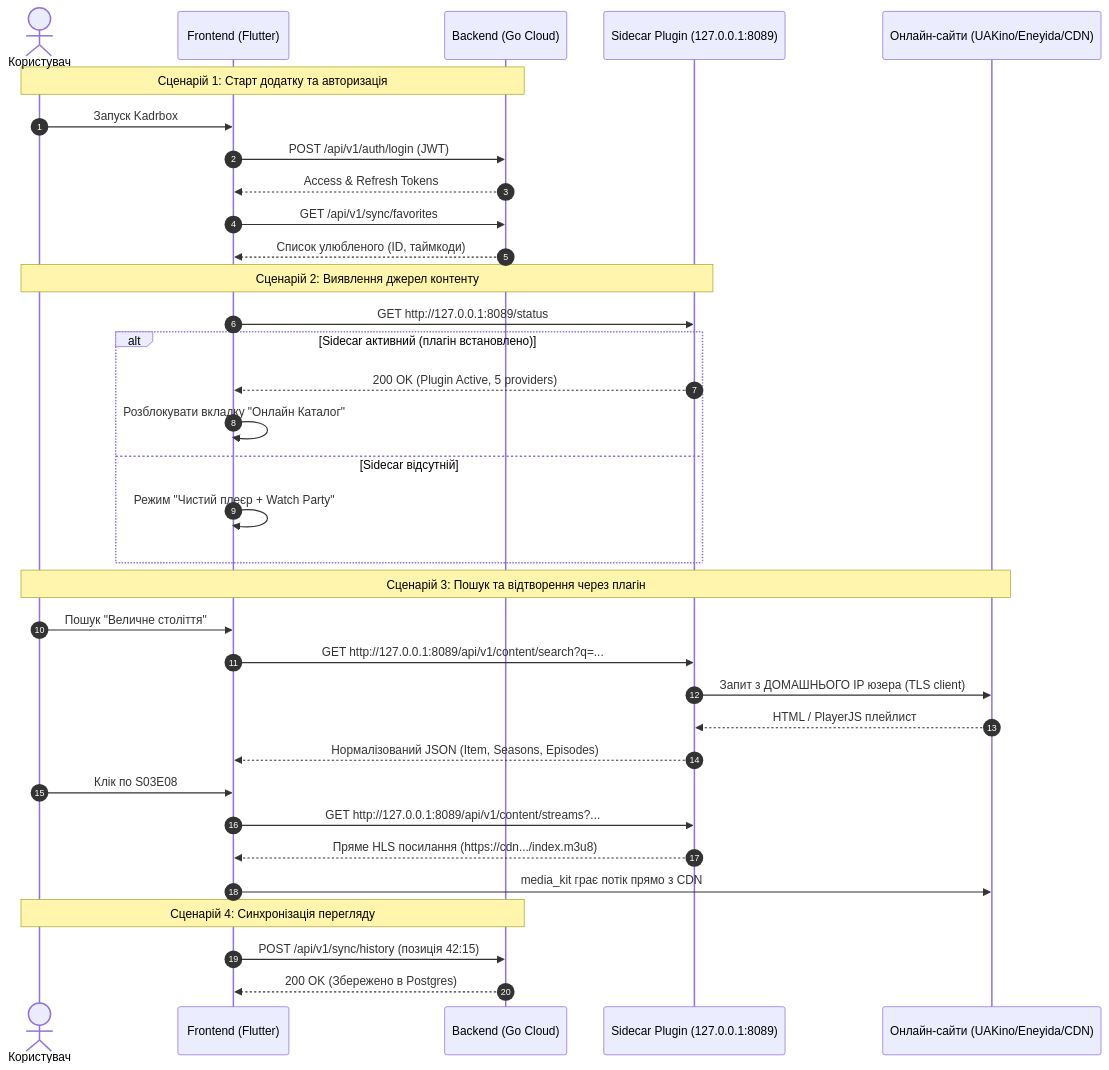
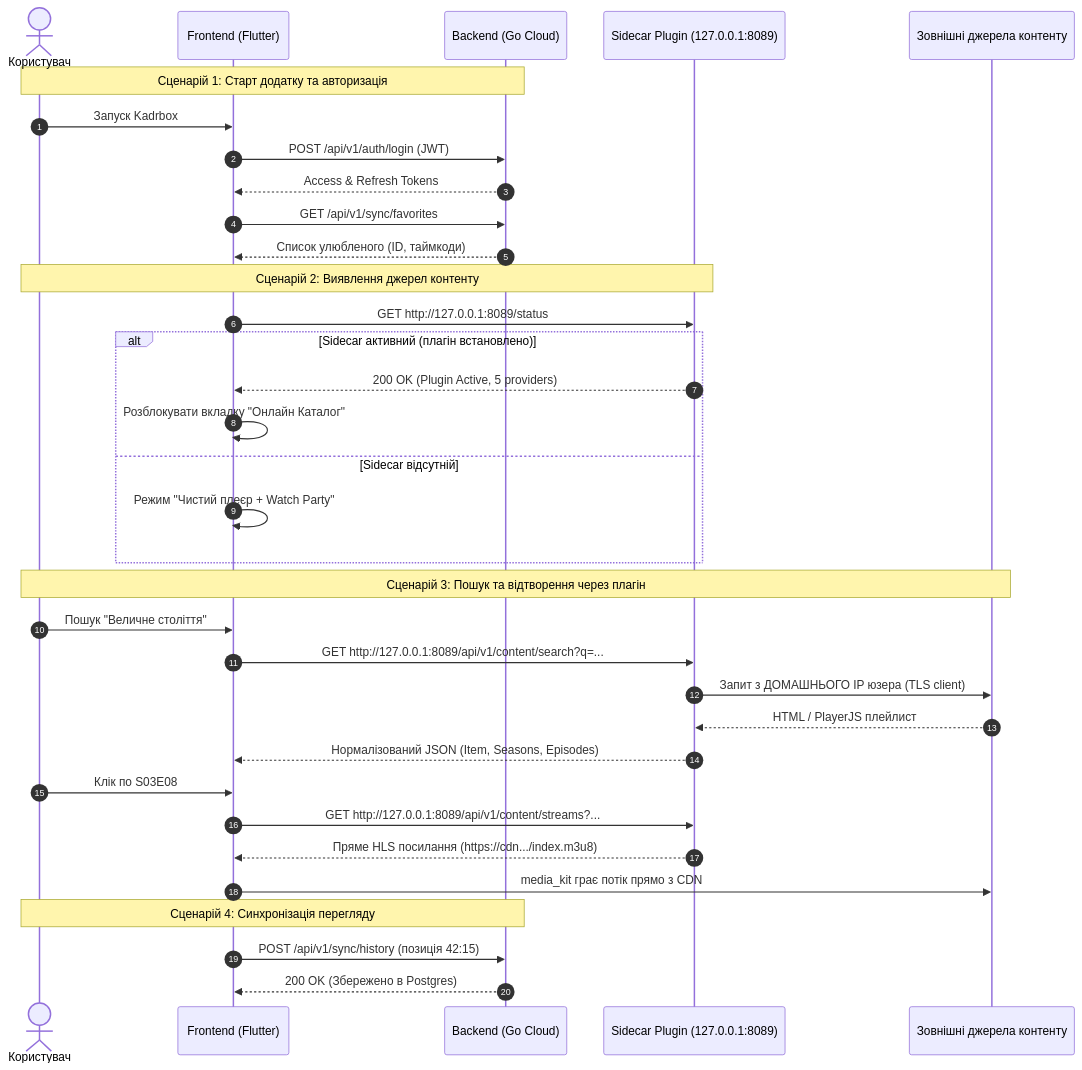
One commit to edhases/kadrbox changed the diagram in MIGRATION_REPORT.md. Above: the diagram before and after it, drawn with Mermaid. The commit also changed other lines of this file and 17 other files, not shown here.

````diff
--- a/MIGRATION_REPORT.md
+++ b/MIGRATION_REPORT.md
@@ -56,40 +59,40 @@
 ```mermaid
 sequenceDiagram
     autonumber
     actor User as Користувач
     participant UI as Frontend (Flutter)
     participant Back as Backend (Go Cloud)
     participant Side as Sidecar Plugin (127.0.0.1:8089)
-    participant Upstream as Онлайн-сайти (UAKino/Eneyida/CDN)
+    participant Upstream as Зовнішні джерела контенту
 
     Note over User,Back: Сценарій 1: Старт додатку та авторизація
     User->>UI: Запуск Kadrbox
     UI->>Back: POST /api/v1/auth/login (JWT)
     Back-->>UI: Access & Refresh Tokens
     UI->>Back: GET /api/v1/sync/favorites
     Back-->>UI: Список улюбленого (ID, таймкоди)
 
     Note over User,Side: Сценарій 2: Виявлення джерел контенту
     UI->>Side: GET http://127.0.0.1:8089/status
     alt Sidecar активний (плагін встановлено)
         Side-->>UI: 200 OK (Plugin Active, 5 providers)
         UI->>UI: Розблокувати вкладку "Онлайн Каталог"
     else Sidecar відсутній
         UI->>UI: Режим "Чистий плеєр + Watch Party"
     end
 
     Note over User,Upstream: Сценарій 3: Пошук та відтворення через плагін
     User->>UI: Пошук "Величне століття"
     UI->>Side: GET http://127.0.0.1:8089/api/v1/content/search?q=...
     Side->>Upstream: Запит з ДОМАШНЬОГО IP юзера (TLS client)
     Upstream-->>Side: HTML / PlayerJS плейлист
     Side-->>UI: Нормалізований JSON (Item, Seasons, Episodes)
     User->>UI: Клік по S03E08
     UI->>Side: GET http://127.0.0.1:8089/api/v1/content/streams?...
     Side-->>UI: Пряме HLS посилання (https://cdn.../index.m3u8)
     UI->>Upstream: media_kit грає потік прямо з CDN
 
     Note over User,Back: Сценарій 4: Синхронізація перегляду
     UI->>Back: POST /api/v1/sync/history (позиція 42:15)
     Back-->>UI: 200 OK (Збережено в Postgres)
 ```
````
